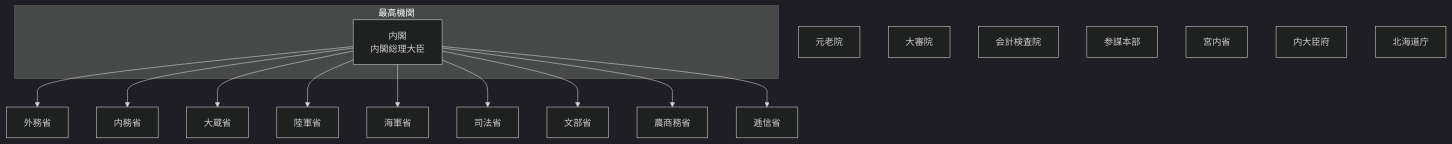
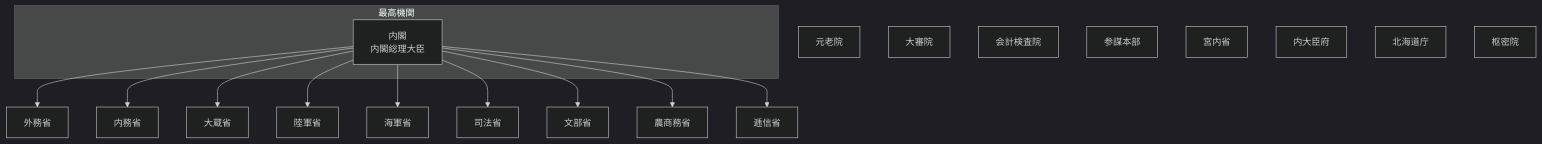
Before and after one commit to tatemaru/jp-admin-org-chart: the diagram in README.md, drawn with Mermaid (dark theme). The commit also changed other lines of this file, not shown here.

First line of the commit message:
feat(枢密院): 枢密院を設置

````diff
--- a/README.md
+++ b/README.md
@@ -9,32 +9,33 @@
 ```mermaid
 flowchart TB
   subgraph top["最高機関"]
     Cab["内閣
 内閣総理大臣"]
   end
   Gaimu["外務省"]
   Cab --> Gaimu
   Naimu["内務省"]
   Cab --> Naimu
   Okura["大蔵省"]
   Cab --> Okura
   Rikugun["陸軍省"]
   Cab --> Rikugun
   Kaigun["海軍省"]
   Cab --> Kaigun
   Shiho["司法省"]
   Cab --> Shiho
   Mombu["文部省"]
   Cab --> Mombu
   Nosho["農商務省"]
   Cab --> Nosho
   Teishin["逓信省"]
   Cab --> Teishin
   Genro["元老院"]
   Daishin["大審院"]
   Audit["会計検査院"]
   Sanbo["参謀本部"]
   Kunai["宮内省"]
   Naidaijin["内大臣府"]
   Hokkaido["北海道庁"]
+  Privy["枢密院"]
 ```
````
